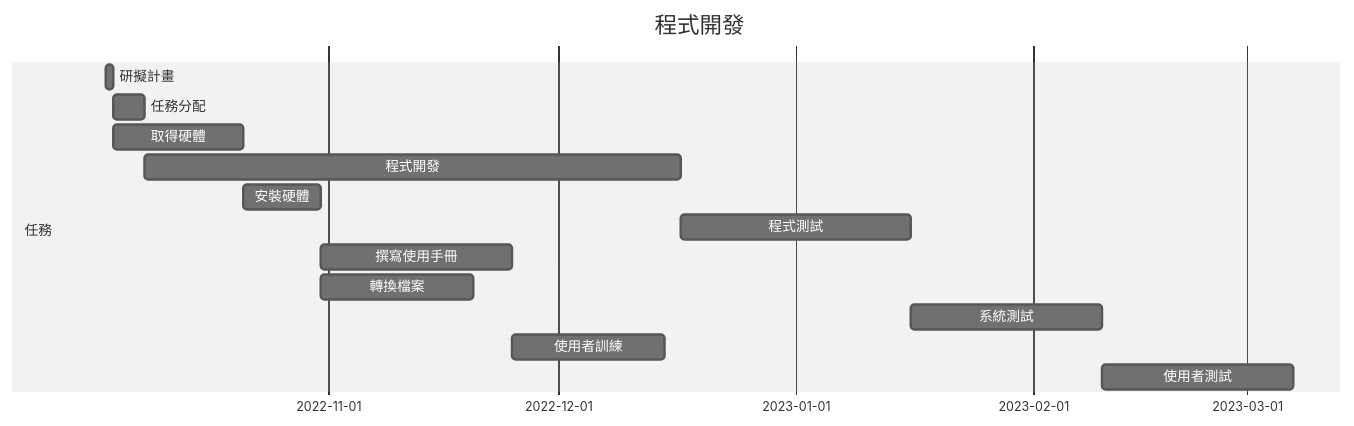
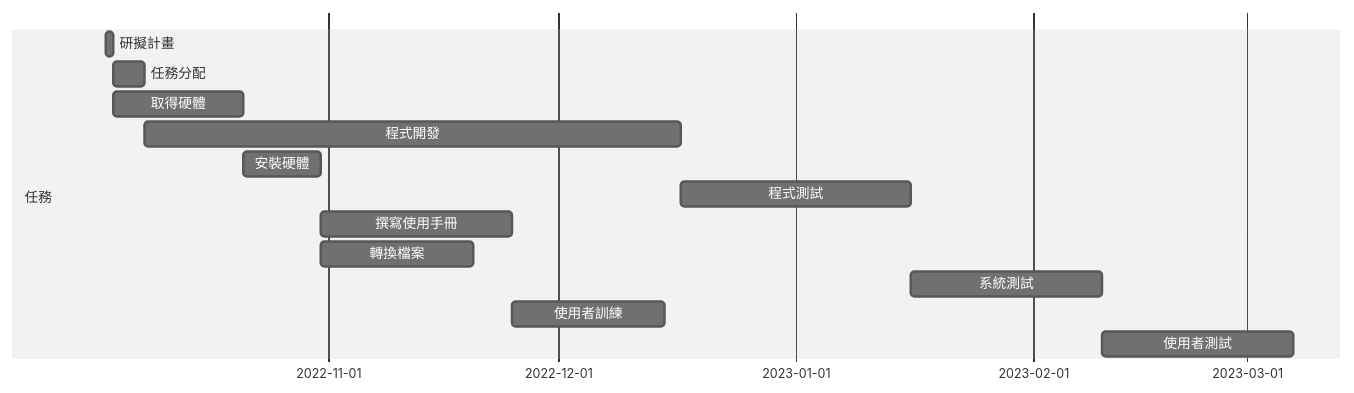
Before and after one commit to Shen-Wei-Hao/2022-3a: the diagram in hw2.md, drawn with Mermaid (neutral theme).

````diff
--- a/hw2.md
+++ b/hw2.md
@@ -20,17 +20,16 @@
 ```mermaid
 gantt
-    title 程式開發
-    
+        
     section 任務
     研擬計畫:a1, 2022-10-03,1d
     任務分配:a2, after a1,4d
     取得硬體:a3, after a1,17d
     程式開發:a4, after a2,70d
     安裝硬體:a5, after a3,10d
     程式測試:a6, after a4,30d
     撰寫使用手冊:a7, after a5,25d
     轉換檔案:a8, after a5,20d
     系統測試:a9, after a6,25d
     使用者訓練:a10, after a7 a8,20d
     使用者測試:a11, after a9 a10,25d
 ```
````
